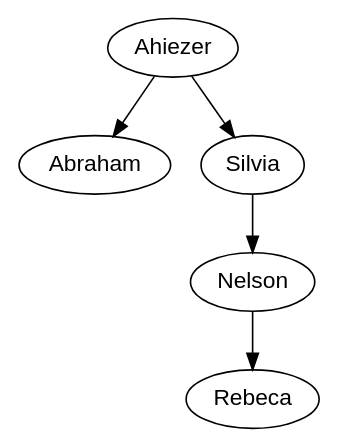
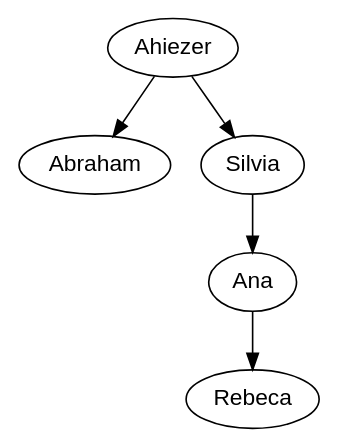
Before and after one commit to AhiezerRamirez/EDD_1S2020_PY1_201709062: the diagram in arbol.dot, drawn with Graphviz. The commit also changed 33 other files, not shown here.

```diff
--- a/arbol.dot
+++ b/arbol.dot
@@ -1,7 +1,7 @@
 digraph BST {
     node [fontname="Arial"];
     Ahiezer -> Abraham;
     Ahiezer -> Silvia;
-    Silvia -> Nelson;
-    Nelson -> Rebeca;
+    Silvia -> Ana;
+    Ana -> Rebeca;
 }
```
